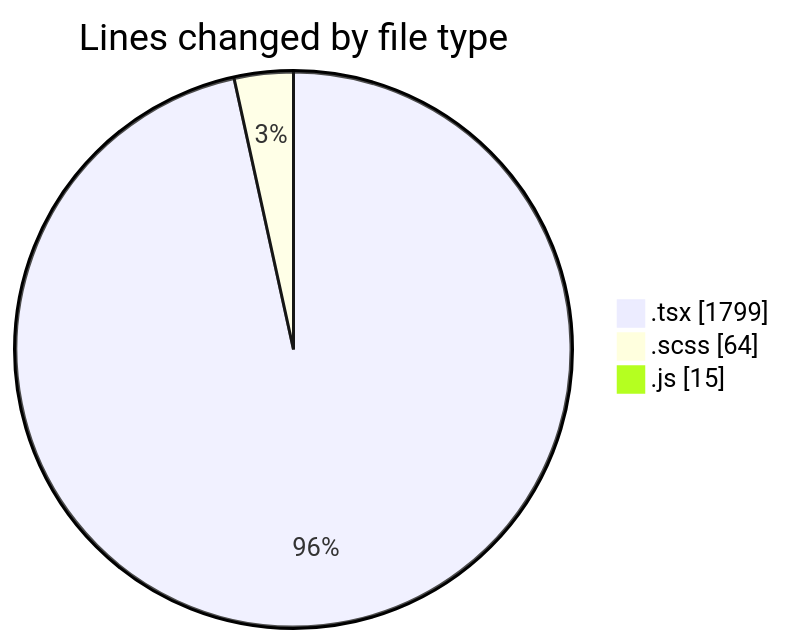
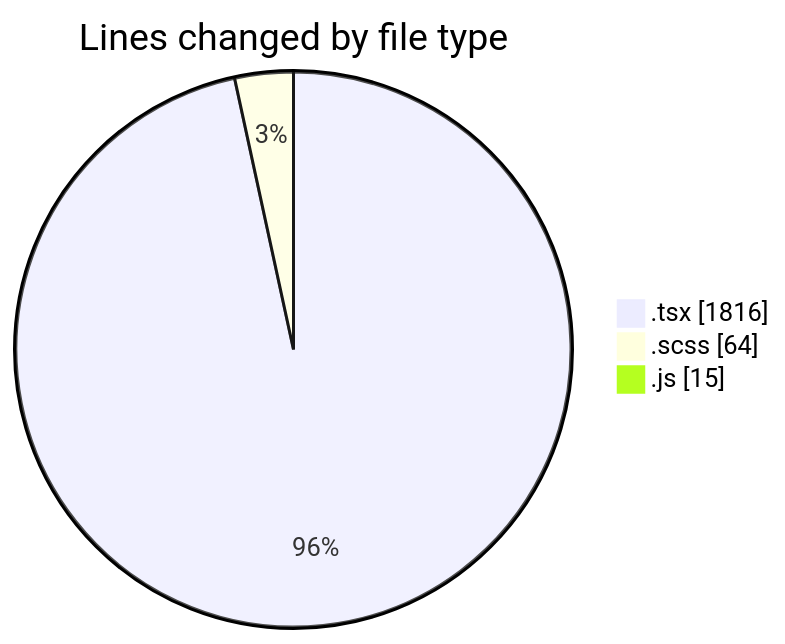
The first of 2 diagrams in 2025-06-16/cda/README.md (momahboobian/code-tracking), drawn with Mermaid before and after one commit. The commit also changed other lines of this file and 1 other file, not shown here.

````diff
--- a/2025-06-16/cda/README.md
+++ b/2025-06-16/cda/README.md
@@ -25,7 +25,7 @@
 ```mermaid
 pie showData
 title Lines changed by file type
-".tsx" : 1799
+".tsx" : 1816
 ".scss" : 64
 ".js" : 15
 ```
````
